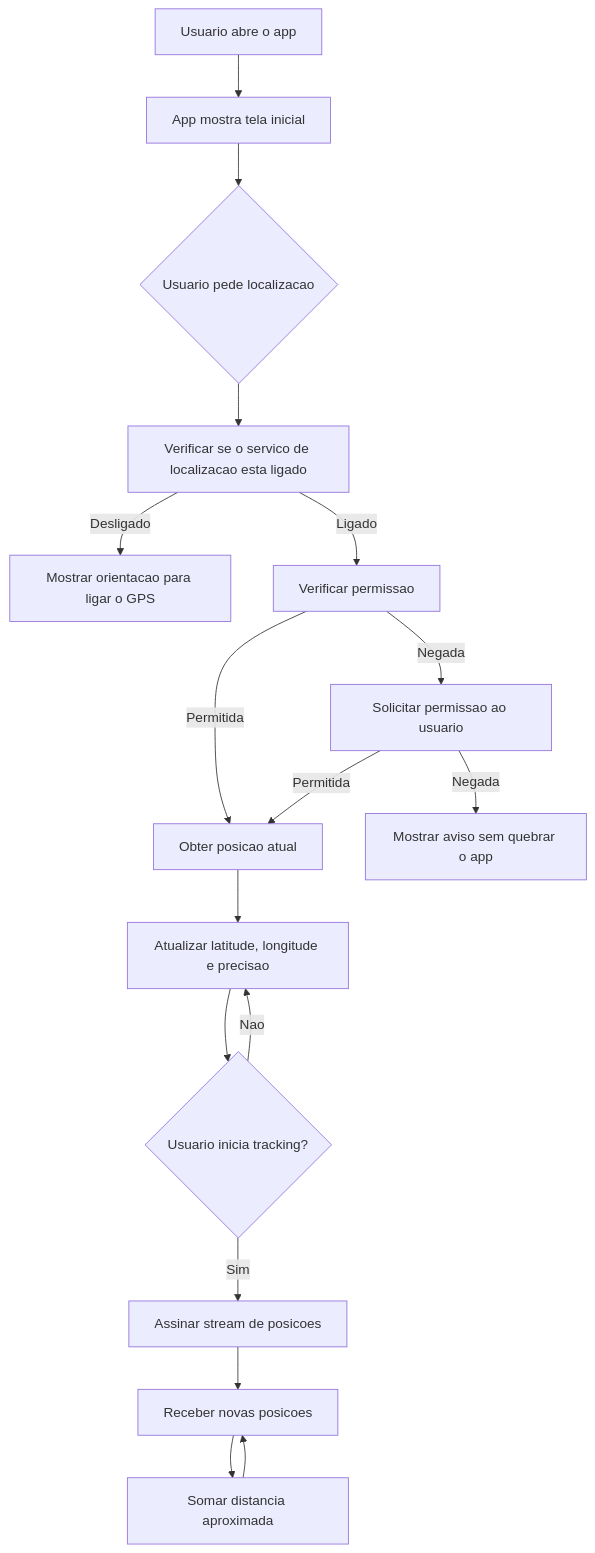
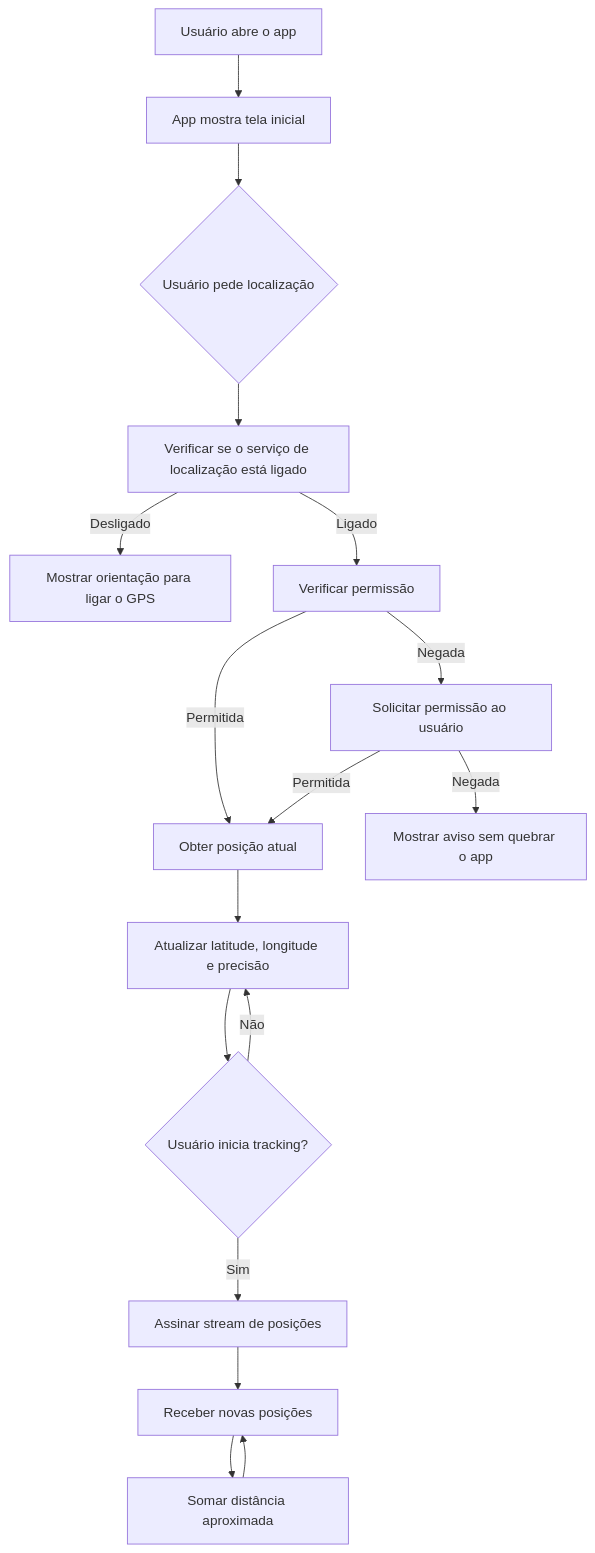
Before and after one commit to prof-gustavo-villalta/self: the first of 13 diagrams in courses/2026-1-DS-Prog-Aplicativos-Mobile-II-Novotec-Noturno/aulas/aula-12.md, drawn with Mermaid. The commit also changed other lines of this file and 6 other files, not shown here.

````diff
--- a/courses/2026-1-DS-Prog-Aplicativos-Mobile-II-Novotec-Noturno/aulas/aula-12.md
+++ b/courses/2026-1-DS-Prog-Aplicativos-Mobile-II-Novotec-Noturno/aulas/aula-12.md
@@ -64,19 +64,19 @@
 ```mermaid
 flowchart TD
-    A[Usuario abre o app] --> B[App mostra tela inicial]
-    B --> C{Usuario pede localizacao}
-    C --> D[Verificar se o servico de localizacao esta ligado]
-    D -->|Desligado| E[Mostrar orientacao para ligar o GPS]
-    D -->|Ligado| F[Verificar permissao]
-    F -->|Negada| G[Solicitar permissao ao usuario]
-    F -->|Permitida| H[Obter posicao atual]
+    A[Usuário abre o app] --> B[App mostra tela inicial]
+    B --> C{Usuário pede localização}
+    C --> D[Verificar se o serviço de localização está ligado]
+    D -->|Desligado| E[Mostrar orientação para ligar o GPS]
+    D -->|Ligado| F[Verificar permissão]
+    F -->|Negada| G[Solicitar permissão ao usuário]
+    F -->|Permitida| H[Obter posição atual]
     G -->|Permitida| H
     G -->|Negada| I[Mostrar aviso sem quebrar o app]
-    H --> J[Atualizar latitude, longitude e precisao]
-    J --> K{Usuario inicia tracking?}
-    K -->|Sim| L[Assinar stream de posicoes]
-    L --> M[Receber novas posicoes]
-    M --> N[Somar distancia aproximada]
+    H --> J[Atualizar latitude, longitude e precisão]
+    J --> K{Usuário inicia tracking?}
+    K -->|Sim| L[Assinar stream de posições]
+    L --> M[Receber novas posições]
+    M --> N[Somar distância aproximada]
     N --> M
-    K -->|Nao| J
+    K -->|Não| J
 ```
````
